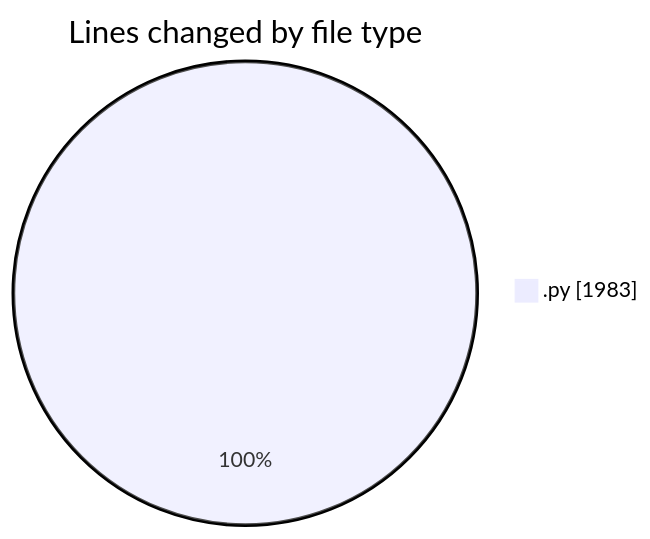
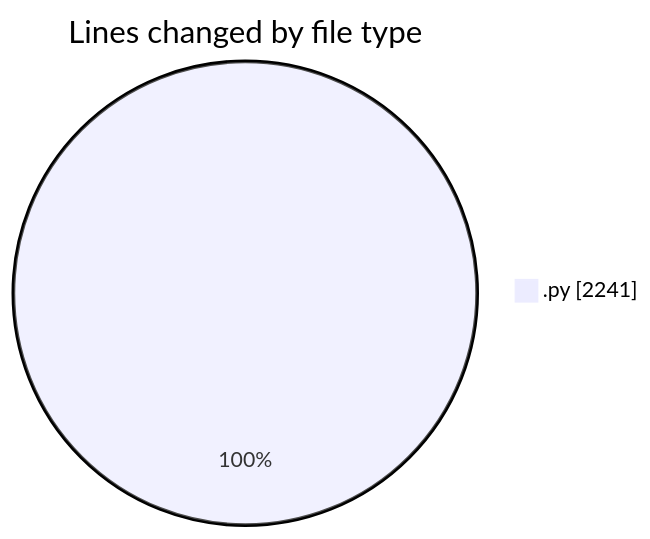
The first of 2 diagrams in 2025-10-23/eventscop-api-guide__workspace_/README.md (julien-gomy/code-tracking), drawn with Mermaid before and after one commit. The commit also changed other lines of this file and 1 other file, not shown here.

````diff
--- a/2025-10-23/eventscop-api-guide__workspace_/README.md
+++ b/2025-10-23/eventscop-api-guide__workspace_/README.md
@@ -22,5 +23,5 @@
 ```mermaid
 pie showData
 title Lines changed by file type
-".py" : 1983
+".py" : 2241
 ```
````
